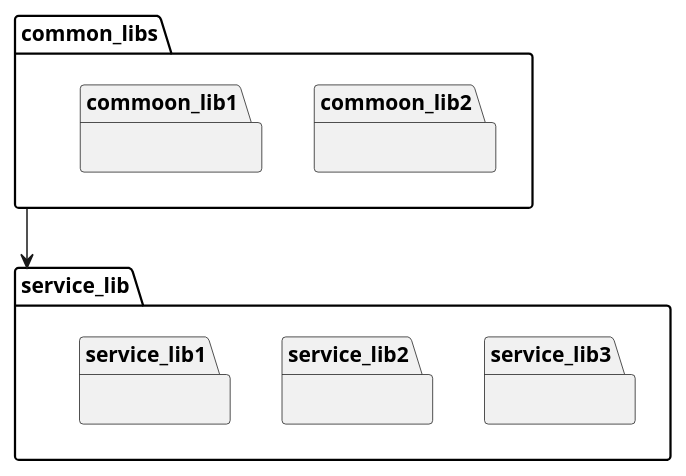
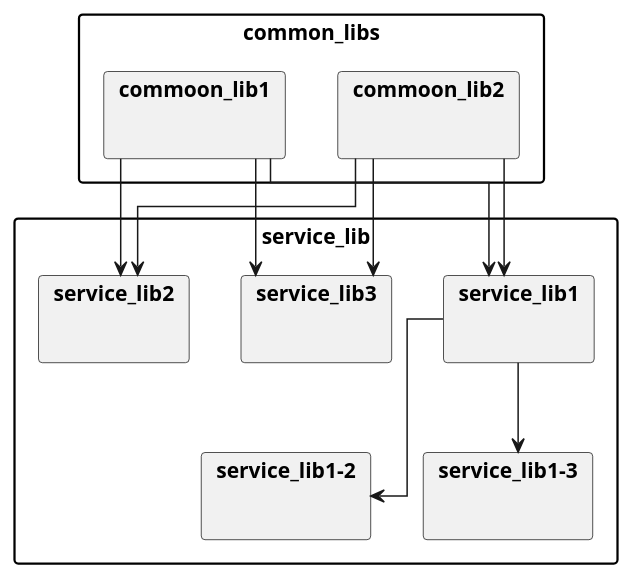
The diagram in src/plantuml/packege/system.pu (RyuichiHashimoto/PythonPractice), drawn with PlantUML before and after one commit.

Commit message:
[update]　成形した。

```diff
--- a/src/plantuml/packege/system.pu
+++ b/src/plantuml/packege/system.pu
@@ -1,27 +1,65 @@
 @startuml
 
+skinparam packageStyle rectangle
 
 package "common_libs" {
     package "commoon_lib1" {
     }
     package "commoon_lib2" {
     }
     
     commoon_lib1 -[hidden]right- commoon_lib2
 }
 
 package "service_lib" {
+    
     package "service_lib1" {
     }
+    
+    package "service_lib1-2" {
+    }
+    
+    package "service_lib1-3" {
+    }
+    
     package "service_lib2" {
     }
+
     package "service_lib3" {
     }
-    
     service_lib1 -[hidden]right- service_lib2
     service_lib2 -[hidden]right- service_lib3    
 }
 
-"common_libs" --> "service_lib"
+package "service_lib" {
+    
+    package "service_lib1" {
+    }
+    
+    package "service_lib1-2" {
+    }
+    
+    package "service_lib1-3" {
+    }
+    
+    package "service_lib2" {
+    }
+
+    package "service_lib3" {
+    }
+    service_lib1 -[hidden]right- service_lib2
+    service_lib2 -[hidden]right- service_lib3    
+}
+skinparam linetype ortho
+commoon_lib1 --> "service_lib1"
+commoon_lib2 --> "service_lib1"
+commoon_lib1 --> "service_lib2"
+commoon_lib2 --> "service_lib2"
+commoon_lib1 --> "service_lib3"
+commoon_lib2 --> "service_lib3"
+
+service_lib1 -down-> "service_lib1-2"
+service_lib1 -down-> "service_lib1-3"
+
 
 @enduml
```
